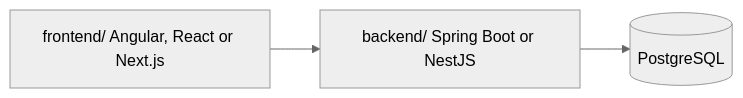
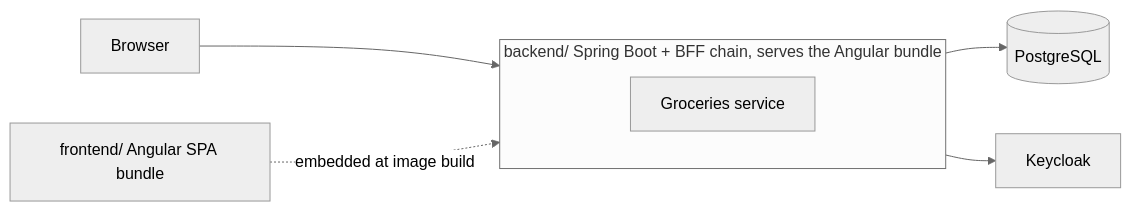
The diagram in docs/architecture/05-building-block-view.md (mremolt/groceries-list), drawn with Mermaid (neutral theme) before and after one commit. The commit also changed other lines of this file and 28 other files, not shown here.

````diff
--- a/docs/architecture/05-building-block-view.md
+++ b/docs/architecture/05-building-block-view.md
@@ -9,5 +7,10 @@
 ```mermaid
 flowchart LR
-  frontend[frontend/ Angular, React or Next.js] --> backend[backend/ Spring Boot or NestJS]
+  browser[Browser] --> backend
+  subgraph backend[backend/ Spring Boot + BFF chain, serves the Angular bundle]
+    app[Groceries service]
+  end
+  frontend[frontend/ Angular SPA bundle] -. embedded at image build .-> backend
   backend --> db[(PostgreSQL)]
+  backend --> kc[Keycloak]
 ```
````
